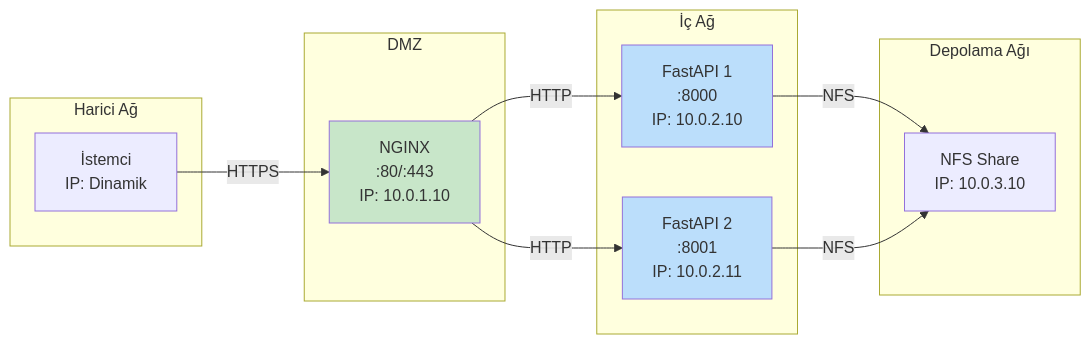
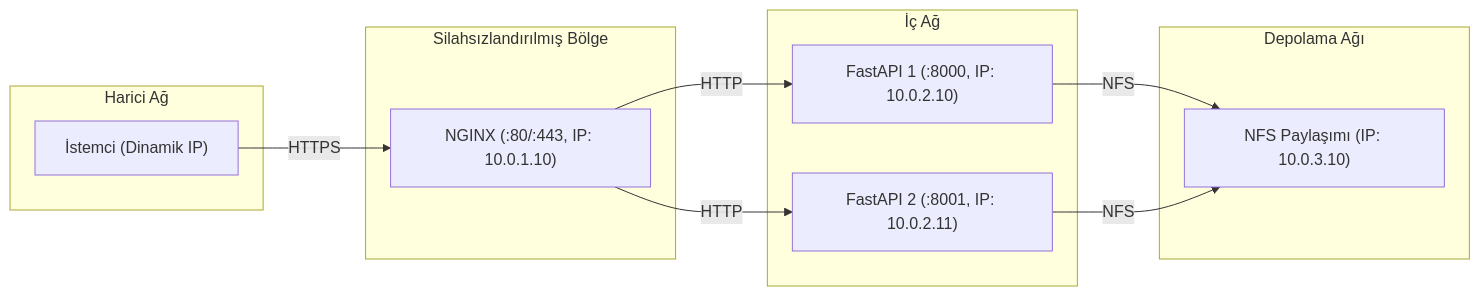
One commit to mUsaulug/CardioGuard-AI changed the fourth of 9 diagrams in docs/diagrams/05_deployment_diagram.md. Above: the diagram before and after it, drawn with Mermaid. The commit also changed other lines of this file and 5 other files, not shown here.

````diff
--- a/docs/diagrams/05_deployment_diagram.md
+++ b/docs/diagrams/05_deployment_diagram.md
@@ -194,27 +195,25 @@
 ```mermaid
 graph LR
-    subgraph External["Harici Ağ"]
-        CLIENT["İstemci<br/>IP: Dinamik"]
+    subgraph Harici_Ag["Harici Ağ"]
+        CLIENT["İstemci (Dinamik IP)"]
     end
     
-    subgraph DMZ["DMZ"]
-        NGINX["NGINX<br/>:80/:443<br/>IP: 10.0.1.10"]
+    subgraph DMZ["Silahsızlandırılmış Bölge"]
+        NGINX["NGINX (:80/:443, IP: 10.0.1.10)"]
     end
     
-    subgraph Internal["İç Ağ"]
-        API1["FastAPI 1<br/>:8000<br/>IP: 10.0.2.10"]
-        API2["FastAPI 2<br/>:8001<br/>IP: 10.0.2.11"]
+    subgraph Ic_Ag["İç Ağ"]
+        API1["FastAPI 1 (:8000, IP: 10.0.2.10)"]
+        API2["FastAPI 2 (:8001, IP: 10.0.2.11)"]
     end
     
-    subgraph Storage["Depolama Ağı"]
-        NFS["NFS Share<br/>IP: 10.0.3.10"]
+    subgraph Depolama_Agi["Depolama Ağı"]
+        NFS["NFS Paylaşımı (IP: 10.0.3.10)"]
     end
     
     CLIENT -->|HTTPS| NGINX
-    NGINX -->|HTTP| API1 & API2
-    API1 & API2 -->|NFS| NFS
-    
-    style NGINX fill:#c8e6c9
-    style API1 fill:#bbdefb
-    style API2 fill:#bbdefb
+    NGINX -->|HTTP| API1
+    NGINX -->|HTTP| API2
+    API1 -->|NFS| NFS
+    API2 -->|NFS| NFS
 ```
````
